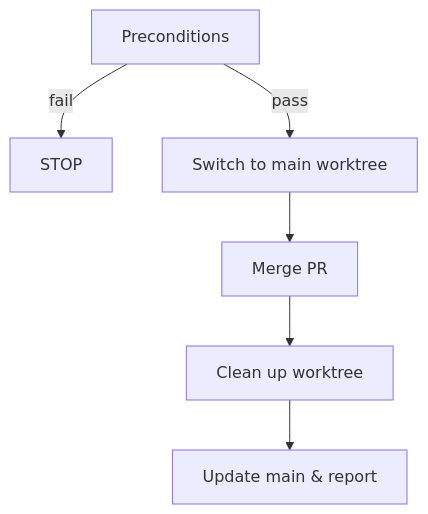
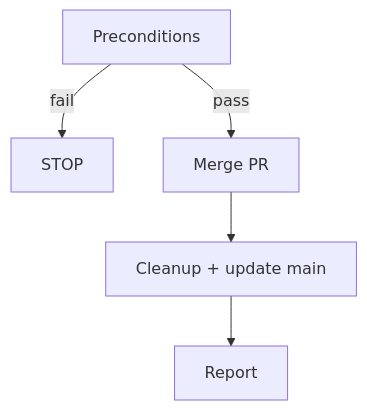
One commit to salimhamed/claude-code-flow changed the diagram in skills/wt-merge/SKILL.md. Above: the diagram before and after it, drawn with Mermaid. The commit also changed other lines of this file and 12 other files, not shown here.

````diff
--- a/skills/wt-merge/SKILL.md
+++ b/skills/wt-merge/SKILL.md
@@ -30,8 +28,7 @@
 ```mermaid
 flowchart TD
     A[Preconditions] -- fail --> STOP
-    A -- pass --> B[Switch to main worktree]
-    B --> C[Merge PR]
-    C --> D[Clean up worktree]
-    D --> E[Update main & report]
+    A -- pass --> B[Merge PR]
+    B --> C[Cleanup + update main]
+    C --> D[Report]
 ```
````
